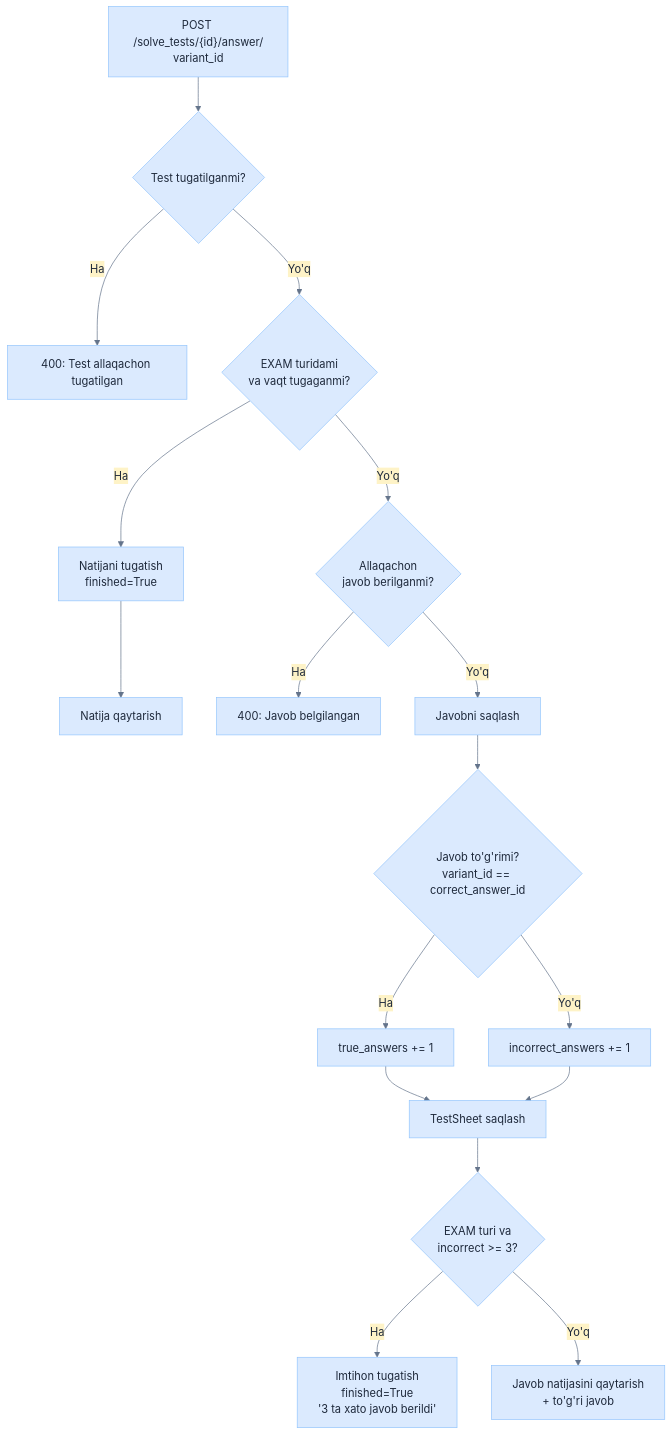
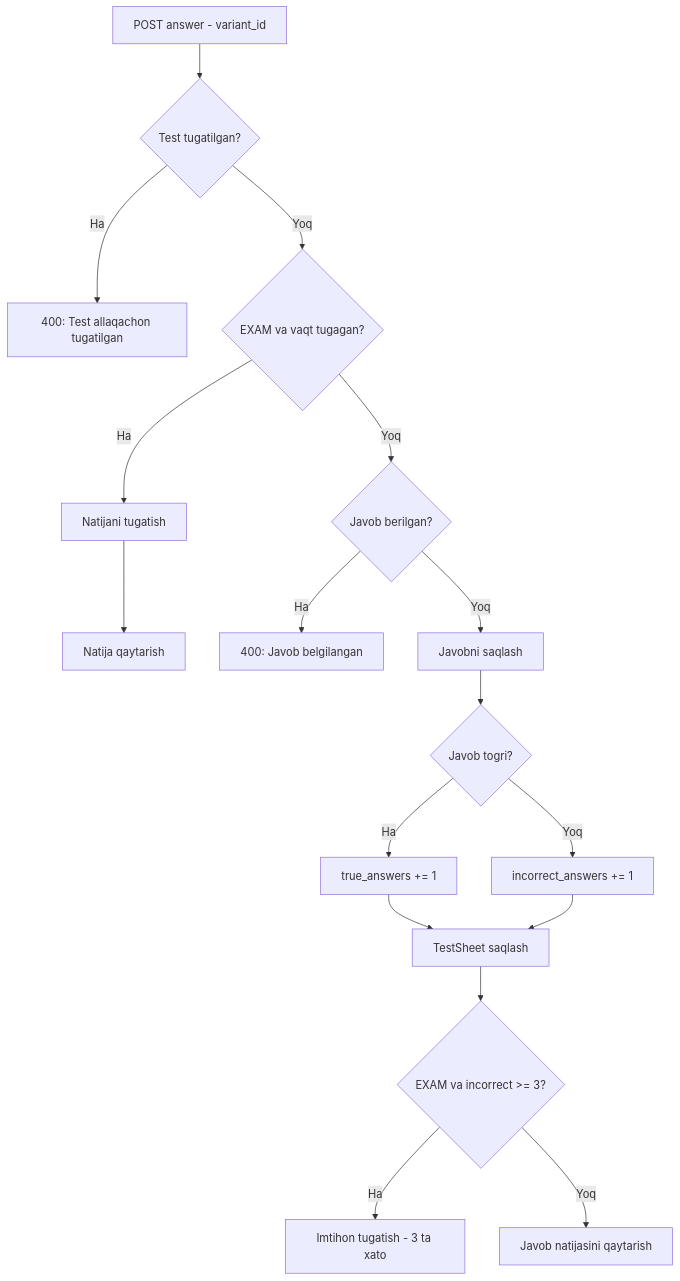
Before and after one commit to khismoiloff/BrpAvtoTest: diagram 11 of 18 in README.md, drawn with Mermaid. The commit also changed other lines of this file, not shown here.

````diff
--- a/README.md
+++ b/README.md
@@ -557,26 +545,26 @@
 ```mermaid
-%%{init: {'theme': 'base', 'themeVariables': {'background': '#ffffff', 'primaryColor': '#dbeafe', 'primaryTextColor': '#1e293b', 'primaryBorderColor': '#93c5fd', 'lineColor': '#64748b', 'secondaryColor': '#fef3c7', 'tertiaryColor': '#ede9fe', 'fontFamily': 'sans-serif'}}}%%
+%%{init: {'theme': 'default'}}%%
 flowchart TD
-    A["POST /solve_tests/{id}/answer/<br/>variant_id"] --> B{Test tugatilganmi?}
+    A[POST answer - variant_id] --> B{Test tugatilgan?}
     B -->|Ha| C[400: Test allaqachon tugatilgan]
     
-    B -->|Yo'q| D{EXAM turidami<br/>va vaqt tugaganmi?}
-    D -->|Ha| E[Natijani tugatish<br/>finished=True]
+    B -->|Yoq| D{EXAM va vaqt tugagan?}
+    D -->|Ha| E[Natijani tugatish]
     E --> F[Natija qaytarish]
     
-    D -->|Yo'q| G{Allaqachon<br/>javob berilganmi?}
+    D -->|Yoq| G{Javob berilgan?}
     G -->|Ha| H[400: Javob belgilangan]
     
-    G -->|Yo'q| I[Javobni saqlash]
-    I --> J{Javob to'g'rimi?<br/>variant_id == correct_answer_id}
+    G -->|Yoq| I[Javobni saqlash]
+    I --> J{Javob togri?}
     
     J -->|Ha| K[true_answers += 1]
-    J -->|Yo'q| L[incorrect_answers += 1]
+    J -->|Yoq| L[incorrect_answers += 1]
     
     K --> M[TestSheet saqlash]
     L --> M
     
-    M --> N{EXAM turi va<br/>incorrect >= 3?}
-    N -->|Ha| O["Imtihon tugatish<br/>finished=True<br/>'3 ta xato javob berildi'"]
-    N -->|Yo'q| P[Javob natijasini qaytarish<br/>+ to'g'ri javob]
+    M --> N{EXAM va incorrect >= 3?}
+    N -->|Ha| O[Imtihon tugatish - 3 ta xato]
+    N -->|Yoq| P[Javob natijasini qaytarish]
 ```
````
